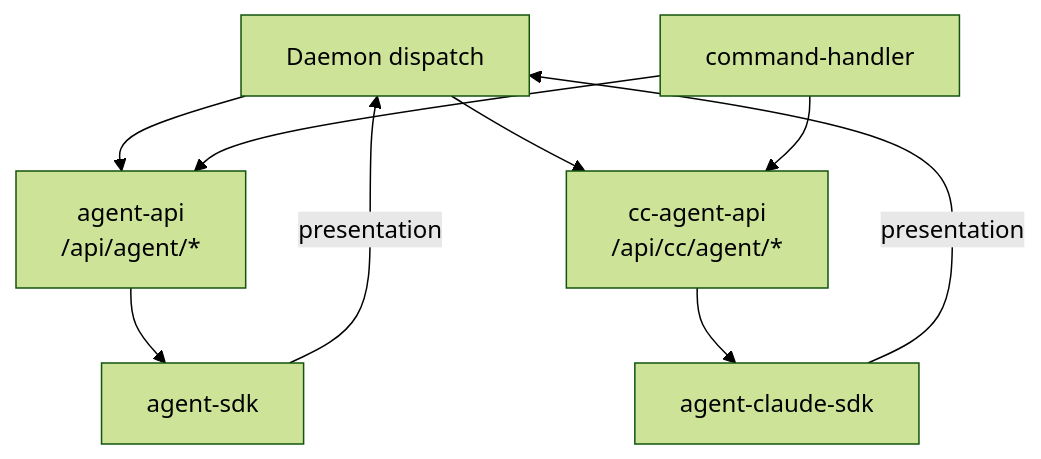
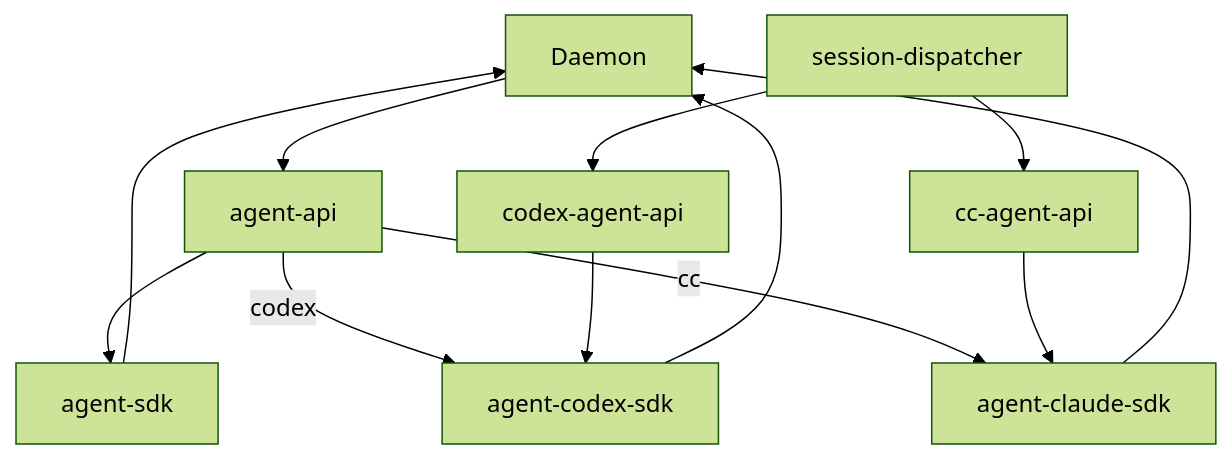
Before and after one commit to suveng/cursor-claw: the first of 2 diagrams in knowledge/业务域/Agent调度/01-概览.md, drawn with Mermaid (forest theme). The commit also changed other lines of this file and 40 other files, not shown here.

First line of the commit message:
归档：Codex SDK 第三执行引擎接入（含 T-FIX 评审修复）

````diff
--- a/knowledge/业务域/Agent调度/01-概览.md
+++ b/knowledge/业务域/Agent调度/01-概览.md
@@ -9,11 +9,14 @@
 ```mermaid
 flowchart TB
-  D[Daemon dispatch] --> API[agent-api\n/api/agent/*]
-  D --> CC_API[cc-agent-api\n/api/cc/agent/*]
+  D[Daemon] --> API[agent-api]
   API --> SDK[agent-sdk]
-  CC_API --> CC[agent-claude-sdk]
-  SDK -->|presentation| D
-  CC -->|presentation| D
-  CH[command-handler] --> API
-  CH --> CC_API
+  API -->|codex| CODEX[agent-codex-sdk]
+  API -->|cc| CC[agent-claude-sdk]
+  CC_API[cc-agent-api] --> CC
+  CODEX_API[codex-agent-api] --> CODEX
+  SD[session-dispatcher] --> CC_API
+  SD --> CODEX_API
+  SDK --> D
+  CC --> D
+  CODEX --> D
 ```
````
